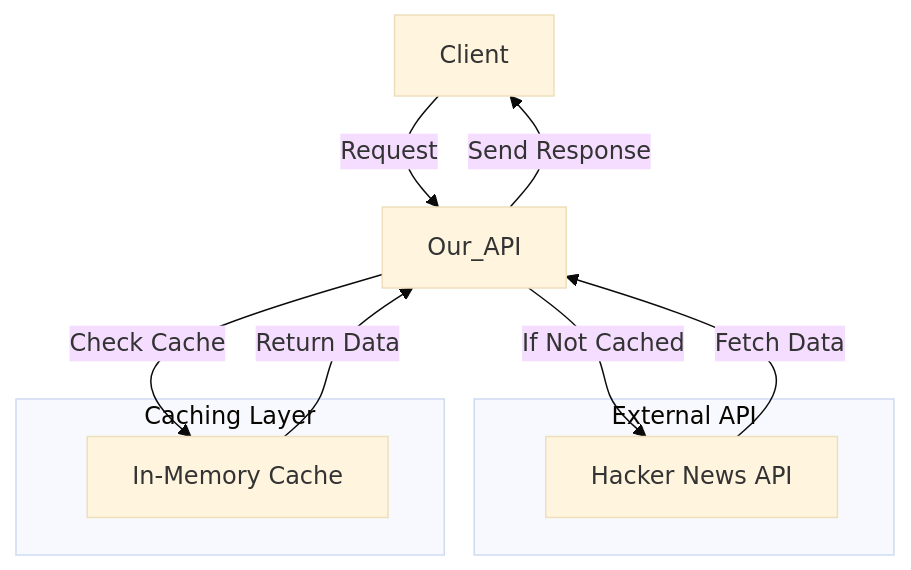
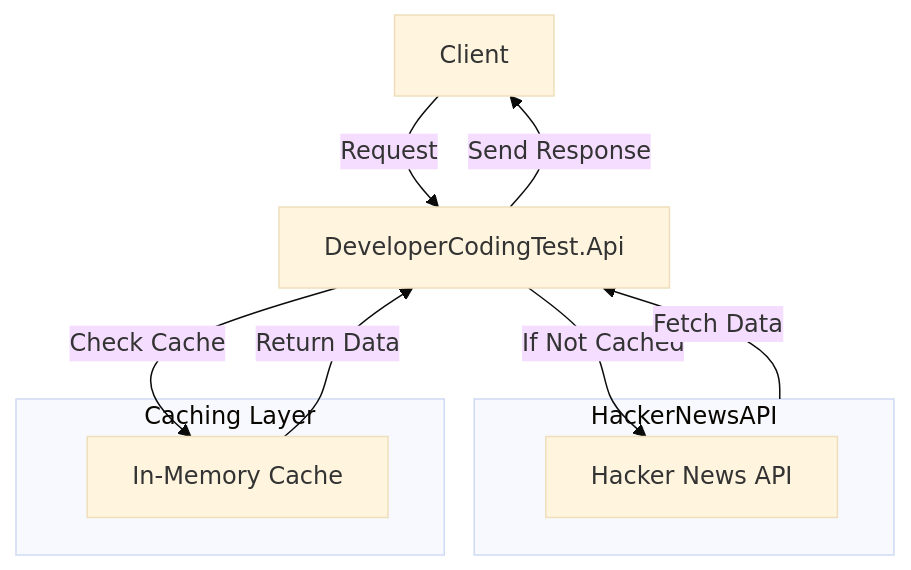
The diagram in README.md (johanngoSHC/DeveloperCodingTest), drawn with Mermaid (base theme) before and after one commit. The commit also changed other lines of this file, not shown here.

````diff
--- a/README.md
+++ b/README.md
@@ -141,17 +141,17 @@
 ```mermaid
 graph TD;
-    Client -->|Request| Our_API;
-    Our_API -->|Check Cache| In_Memory_Cache;
-    Our_API -->|If Not Cached| External_API;
-    In_Memory_Cache -->|Return Data| Our_API;
-    External_API -->|Fetch Data| Our_API;
-    Our_API -->|Send Response| Client;
+    Client -->|Request| DeveloperCodingTest.Api;
+    DeveloperCodingTest.Api -->|Check Cache| In_Memory_Cache;
+    DeveloperCodingTest.Api -->|If Not Cached| External_API;
+    In_Memory_Cache -->|Return Data| DeveloperCodingTest.Api;
+    HackerNewsAPI -->|Fetch Data| DeveloperCodingTest.Api;
+    DeveloperCodingTest.Api -->|Send Response| Client;
     
-    subgraph "External API"
+    subgraph "HackerNewsAPI"
         External_API[Hacker News API]
     end
     
     subgraph "Caching Layer"
         In_Memory_Cache[In-Memory Cache]
     end
 ```
````
